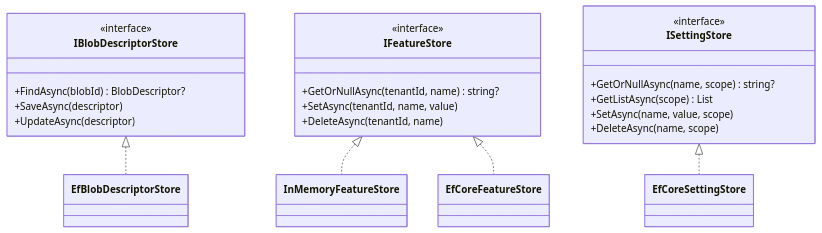
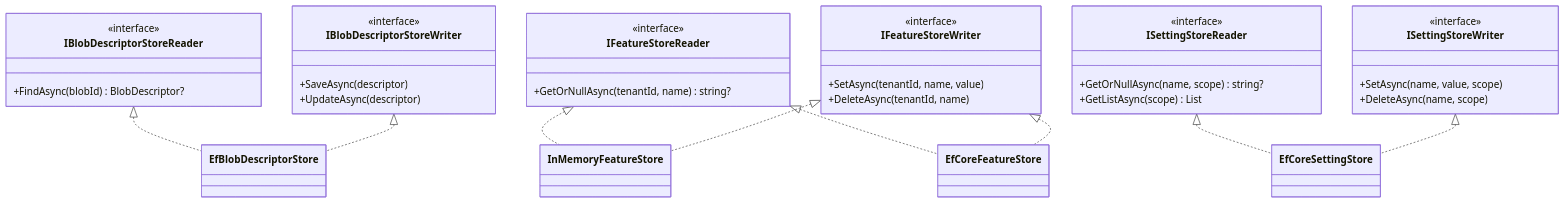
One commit to enraiz/granit-dotnet changed the diagram in docs/patterns/data/repository.md. Above: the diagram before and after it, drawn with Mermaid. The commit also changed other lines of this file and 11 other files, not shown here.

First line of the commit message:
docs: mettre à jour la documentation pour refléter le split CQRS Reader/Writer (Phase 13)

````diff
--- a/docs/patterns/data/repository.md
+++ b/docs/patterns/data/repository.md
@@ -12,34 +12,50 @@
 ```mermaid
 classDiagram
-    class IBlobDescriptorStore {
+    class IBlobDescriptorStoreReader {
         <<interface>>
         +FindAsync(blobId) BlobDescriptor?
+    }
+
+    class IBlobDescriptorStoreWriter {
+        <<interface>>
         +SaveAsync(descriptor)
         +UpdateAsync(descriptor)
     }
 
-    class IFeatureStore {
+    class IFeatureStoreReader {
         <<interface>>
         +GetOrNullAsync(tenantId, name) string?
+    }
+
+    class IFeatureStoreWriter {
+        <<interface>>
         +SetAsync(tenantId, name, value)
         +DeleteAsync(tenantId, name)
     }
 
-    class ISettingStore {
+    class ISettingStoreReader {
         <<interface>>
         +GetOrNullAsync(name, scope) string?
         +GetListAsync(scope) List
+    }
+
+    class ISettingStoreWriter {
+        <<interface>>
         +SetAsync(name, value, scope)
         +DeleteAsync(name, scope)
     }
 
     class EfBlobDescriptorStore
     class InMemoryFeatureStore
     class EfCoreFeatureStore
     class EfCoreSettingStore
 
-    IBlobDescriptorStore <|.. EfBlobDescriptorStore
-    IFeatureStore <|.. InMemoryFeatureStore
-    IFeatureStore <|.. EfCoreFeatureStore
-    ISettingStore <|.. EfCoreSettingStore
+    IBlobDescriptorStoreReader <|.. EfBlobDescriptorStore
+    IBlobDescriptorStoreWriter <|.. EfBlobDescriptorStore
+    IFeatureStoreReader <|.. InMemoryFeatureStore
+    IFeatureStoreWriter <|.. InMemoryFeatureStore
+    IFeatureStoreReader <|.. EfCoreFeatureStore
+    IFeatureStoreWriter <|.. EfCoreFeatureStore
+    ISettingStoreReader <|.. EfCoreSettingStore
+    ISettingStoreWriter <|.. EfCoreSettingStore
 ```
````
